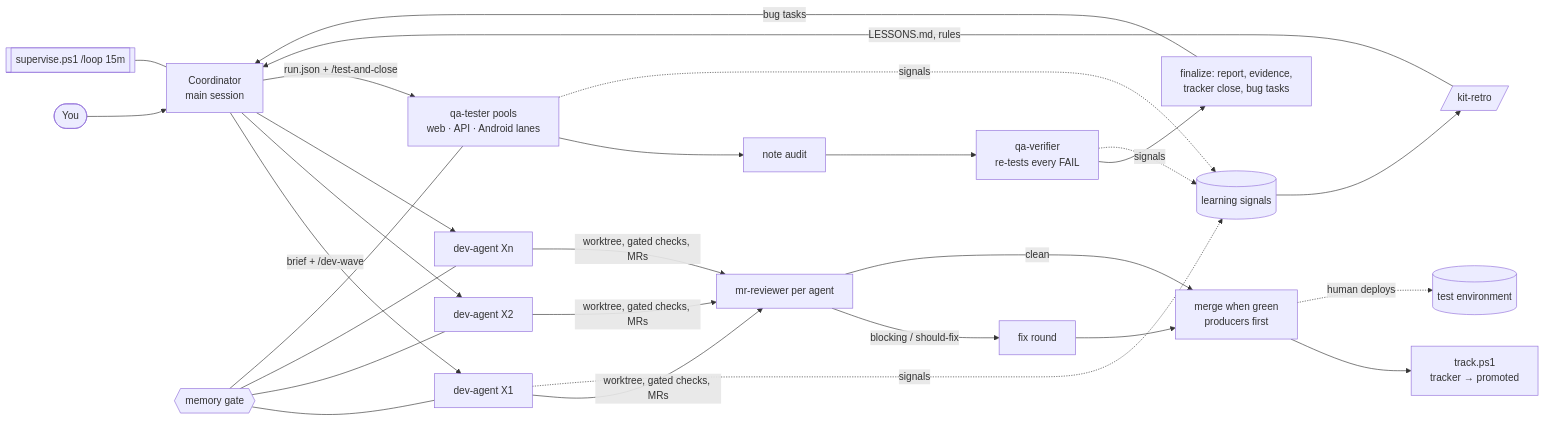
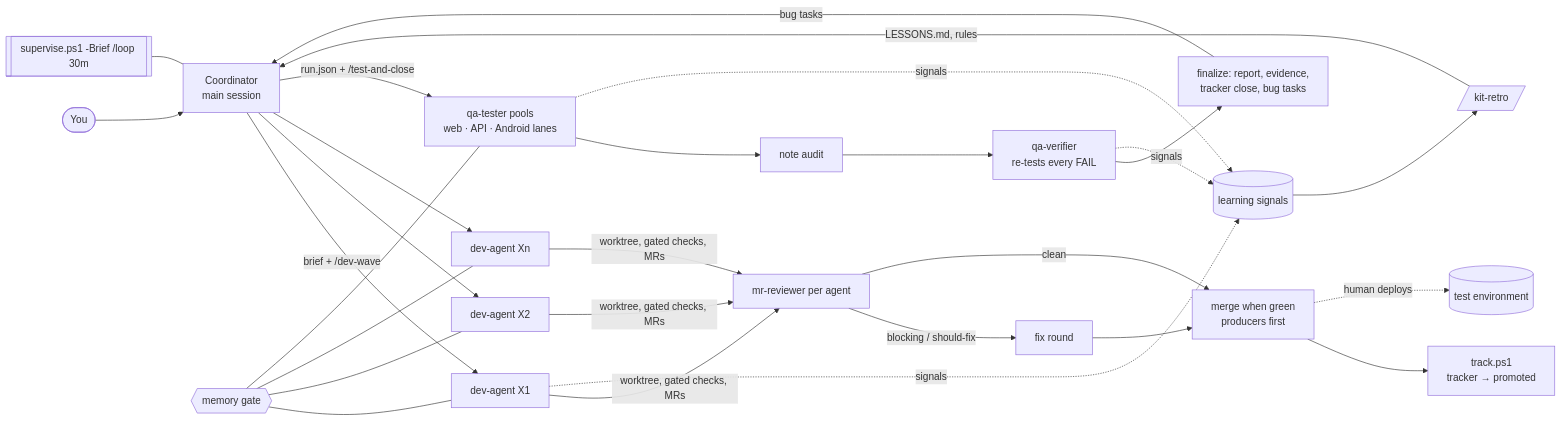
The diagram in README.md (prskid1000/claude-crew), drawn with Mermaid before and after one commit. The commit also changed other lines of this file and 8 other files, not shown here.

First line of the commit message:
feat(orchestrate): cheaper supervising - supervise -Brief, compact script output

````diff
--- a/README.md
+++ b/README.md
@@ -66,21 +66,21 @@
 ```mermaid
 flowchart LR
   U([You]) --> C[Coordinator<br/>main session]
   C -->|brief + /dev-wave| B1[dev-agent X1]
   C --> B2[dev-agent X2]
   C --> B3[dev-agent Xn]
   B1 & B2 & B3 -->|worktree, gated checks, MRs| R[mr-reviewer per agent]
   R -->|blocking / should-fix| F[fix round]
   R -->|clean| M[merge when green<br/>producers first]
   F --> M
   M --> T[track.ps1<br/>tracker → promoted]
   M -.human deploys.-> D[(test environment)]
   C -->|run.json + /test-and-close| Q[qa-tester pools<br/>web · API · Android lanes]
   Q --> A[note audit] --> V[qa-verifier<br/>re-tests every FAIL]
   V --> P[finalize: report, evidence,<br/>tracker close, bug tasks]
   P -->|bug tasks| C
   B1 & Q & V -.signals.-> L[(learning signals)]
   L --> K[/kit-retro/] -->|LESSONS.md, rules| C
   G{{memory gate}} --- B1 & B2 & B3 & Q
-  S[[supervise.ps1 /loop 15m]] --- C
+  S[[supervise.ps1 -Brief /loop 30m]] --- C
 ```
````
